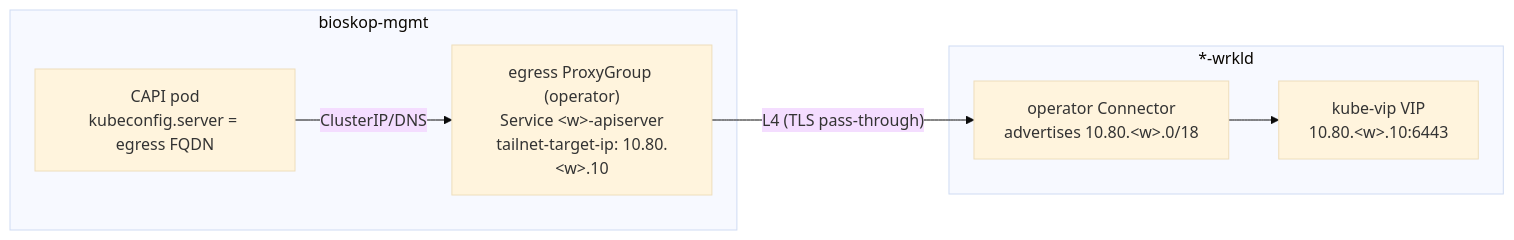
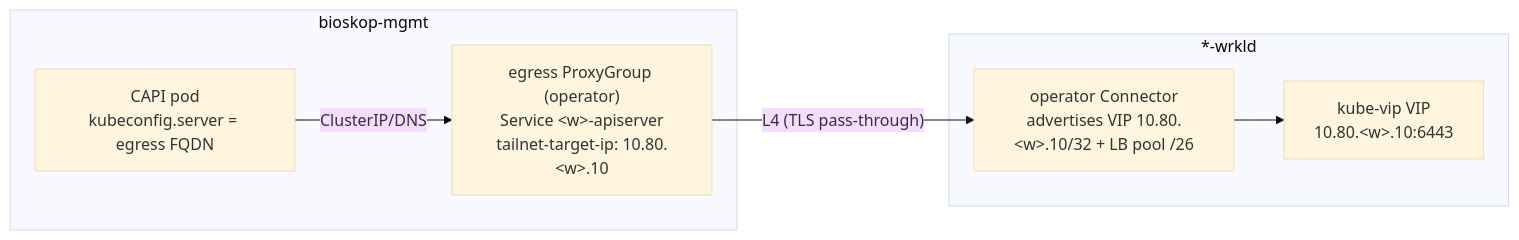
Before and after one commit to seedmatic/rke2lab: the sixth of 9 diagrams in docs/architecture/cluster-api/management-workload-topology.adoc, drawn with Mermaid (base theme). The commit also changed other lines of this file and 2 other files, not shown here.

```diff
--- a/docs/architecture/cluster-api/management-workload-topology.adoc
+++ b/docs/architecture/cluster-api/management-workload-topology.adoc
@@ -416,15 +423,15 @@
 [mermaid,topology-workload-egress,svg]
 ----
 flowchart LR
   subgraph MGMT["bioskop-mgmt"]
     CAPI["CAPI pod<br/>kubeconfig.server = egress FQDN"]
     EG["egress ProxyGroup (operator)<br/>Service &lt;w&gt;-apiserver<br/>tailnet-target-ip: 10.80.&lt;w&gt;.10"]
   end
   subgraph W["*-wrkld"]
-    CONN["operator Connector<br/>advertises 10.80.&lt;w&gt;.0/18"]
+    CONN["operator Connector<br/>advertises VIP 10.80.&lt;w&gt;.10/32 + LB pool /26"]
     VIP["kube-vip VIP<br/>10.80.&lt;w&gt;.10:6443"]
   end
   CAPI -->|ClusterIP/DNS| EG
   EG -->|"L4 (TLS pass-through)"| CONN
   CONN --> VIP
 ----
```
